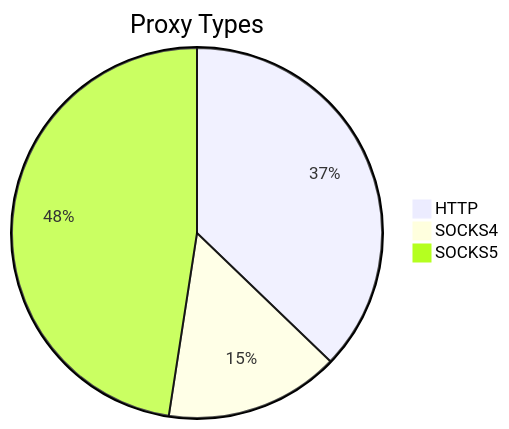
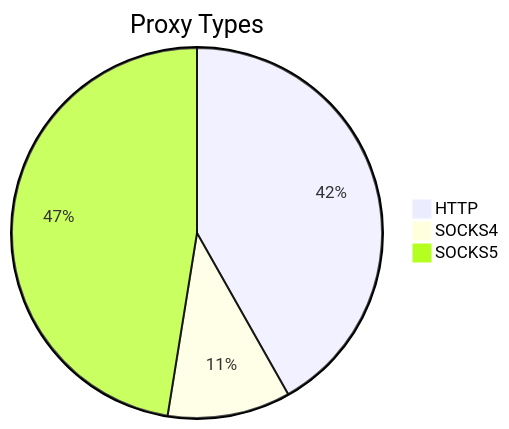
The first of 2 diagrams in README.md (stormsia/proxy-list), drawn with Mermaid before and after one commit. The commit also changed other lines of this file, not shown here.

````diff
--- a/README.md
+++ b/README.md
@@ -21,6 +21,6 @@
 ```mermaid
 pie title Proxy Types
-    "HTTP" : 61
-    "SOCKS4" : 25
-    "SOCKS5" : 78
+    "HTTP" : 74
+    "SOCKS4" : 19
+    "SOCKS5" : 84
 ```
````
